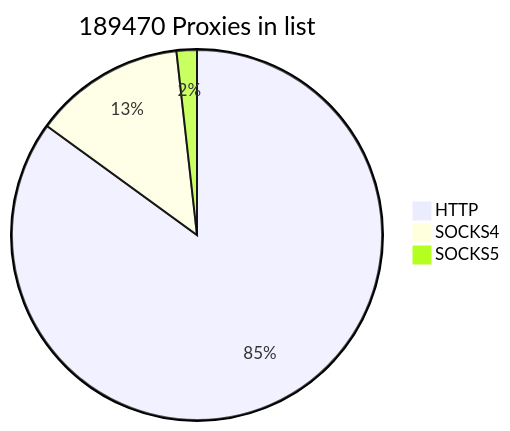
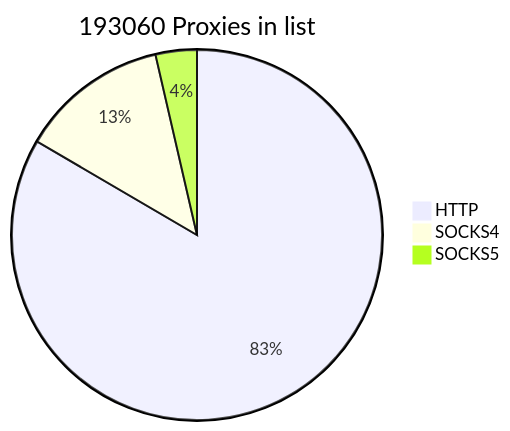
Before and after one commit to cutipu/proxylist: the first of 2 diagrams in README.md, drawn with Mermaid. The commit also changed other lines of this file, not shown here.

````diff
--- a/README.md
+++ b/README.md
@@ -2,7 +2,7 @@
 ```mermaid
-pie title 189470 Proxies in list
+pie title 193060 Proxies in list
     "HTTP" : 161052
-    "SOCKS4" : 25052
-    "SOCKS5" : 3366
+    "SOCKS4" : 25053
+    "SOCKS5" : 6955
             
 ```
````
